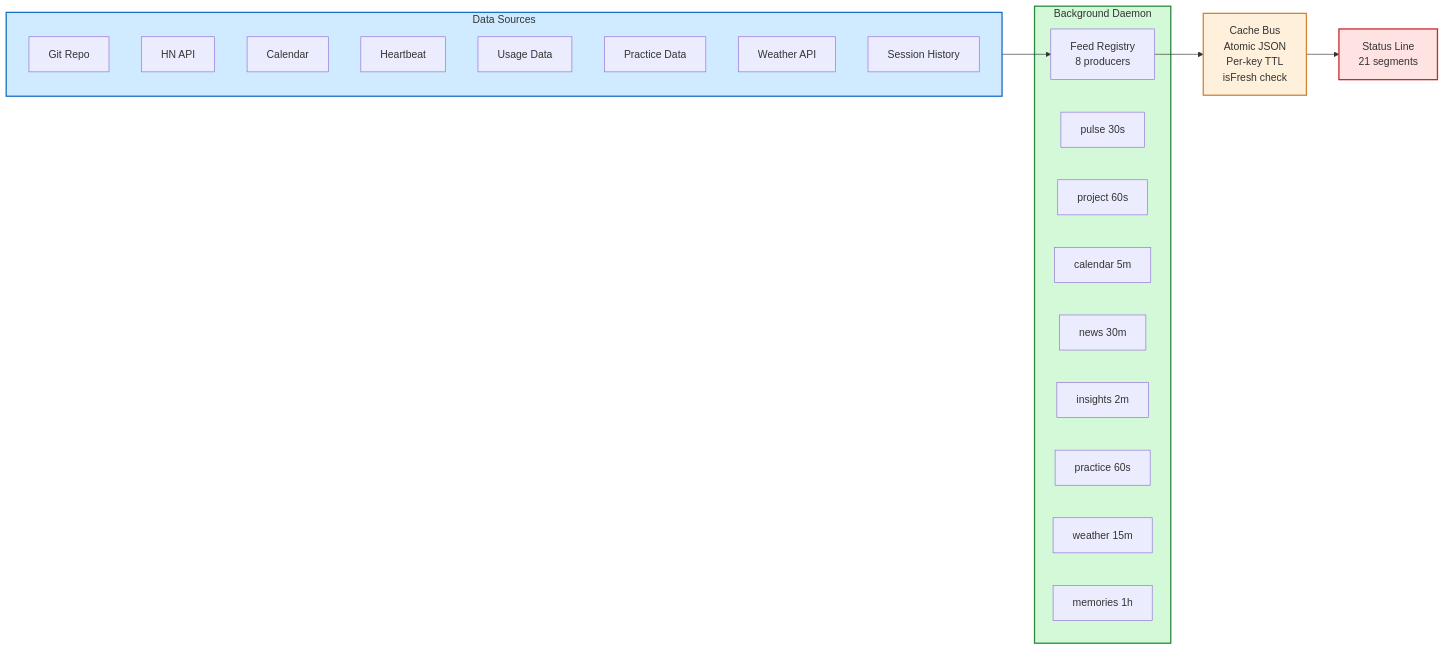
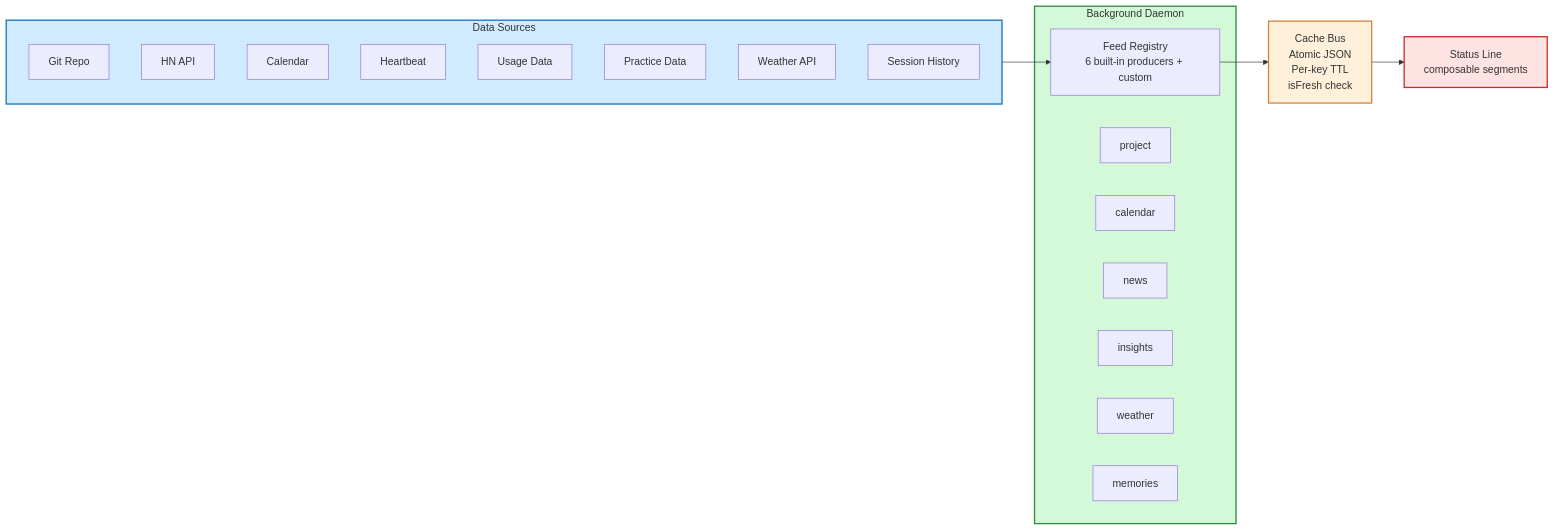
Before and after one commit to vishnujayvel/hookwise: the second of 2 diagrams in docs/architecture.md, drawn with Mermaid. The commit also changed other lines of this file and 12 other files, not shown here.

````diff
--- a/docs/architecture.md
+++ b/docs/architecture.md
@@ -38,34 +38,32 @@
 ```mermaid
 graph LR
     subgraph Sources[Data Sources]
         S1[Git Repo]
         S2[HN API]
         S3[Calendar]
         S4[Heartbeat]
         S5[Usage Data]
         S6[Practice Data]
         S7[Weather API]
         S8[Session History]
     end
 
     subgraph Daemon[Background Daemon]
-        D1[Feed Registry<br/>8 producers]
-        D2[pulse 30s]
-        D3[project 60s]
-        D4[calendar 5m]
-        D5[news 30m]
-        D6[insights 2m]
-        D7[practice 60s]
-        D8[weather 15m]
-        D9[memories 1h]
+        D1[Feed Registry<br/>6 built-in producers + custom]
+        D3[project]
+        D4[calendar]
+        D5[news]
+        D6[insights]
+        D8[weather]
+        D9[memories]
     end
 
     Sources --> D1
     D1 --> CB[Cache Bus<br/>Atomic JSON<br/>Per-key TTL<br/>isFresh check]
-    CB --> SL[Status Line<br/>21 segments]
+    CB --> SL[Status Line<br/>composable segments]
 
     style Sources fill:#D0EBFF,stroke:#1971C2,stroke-width:2px
     style Daemon fill:#D3F9D8,stroke:#2B8A3E,stroke-width:2px
     style CB fill:#FFF0DB,stroke:#D4853B,stroke-width:2px
     style SL fill:#FFE3E3,stroke:#C92A2A,stroke-width:2px
 ```
````
